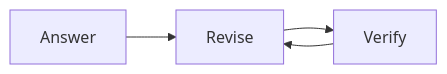
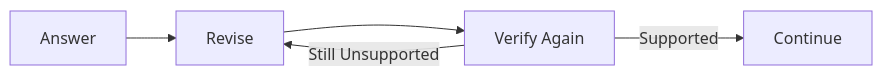
Before and after one commit to vikaskumar10134/Different-Type-RAG-Implementation: the fifth of 8 diagrams in README.md, drawn with Mermaid. The commit also changed other lines of this file, not shown here.

````diff
--- a/README.md
+++ b/README.md
@@ -470,9 +265,13 @@
 ```mermaid
 flowchart LR
 
-Answer --> Revise
+A[Answer]
 
-Revise --> Verify
+A --> R[Revise]
 
-Verify --> Revise
+R --> V[Verify Again]
+
+V -->|Still Unsupported| R
+
+V -->|Supported| U[Continue]
 ```
````
